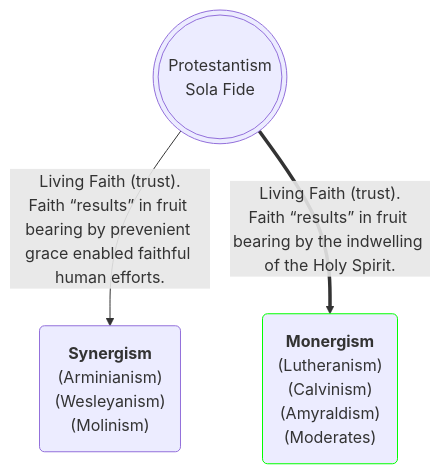
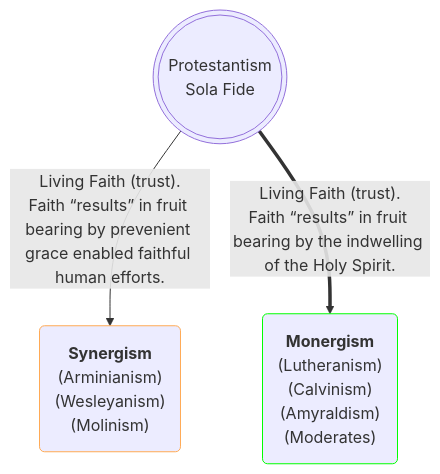
One commit to OrdoLuminis/ordoluminis.github.io changed the second of 2 diagrams in _posts/2025-08-03-historic-protestant-position.markdown. Above: the diagram before and after it, drawn with Mermaid. The commit also changed other lines of this file, not shown here.

Commit message:
define orange

````diff
--- a/_posts/2025-08-03-historic-protestant-position.markdown
+++ b/_posts/2025-08-03-historic-protestant-position.markdown
@@ -109,8 +109,8 @@
 ```mermaid
 flowchart TD
     A(((Protestantism<br>Sola Fide)))
     A -->|Living Faith &lpar;trust&rpar;.<br>Faith &ldquo;results&rdquo; in fruit bearing by prevenient grace enabled faithful human efforts.| F(<strong>Synergism</strong><br>&lpar;Arminianism&rpar;<br>&lpar;Wesleyanism&rpar;<br>&lpar;Molinism&rpar;):::orange
     A ==>|Living Faith &lpar;trust&rpar;.<br>Faith &ldquo;results&rdquo; in fruit bearing by the indwelling of the Holy Spirit.| E(<strong>Monergism</strong><br>&lpar;Lutheranism&rpar;<br>&lpar;Calvinism&rpar;<br>&lpar;Amyraldism&rpar;<br>&lpar;Moderates&rpar;):::green
     classDef green stroke:#0f0
-    classDef lightgreen stroke:#Bf0
+    classDef orange stroke:#fa5
 ```
````
